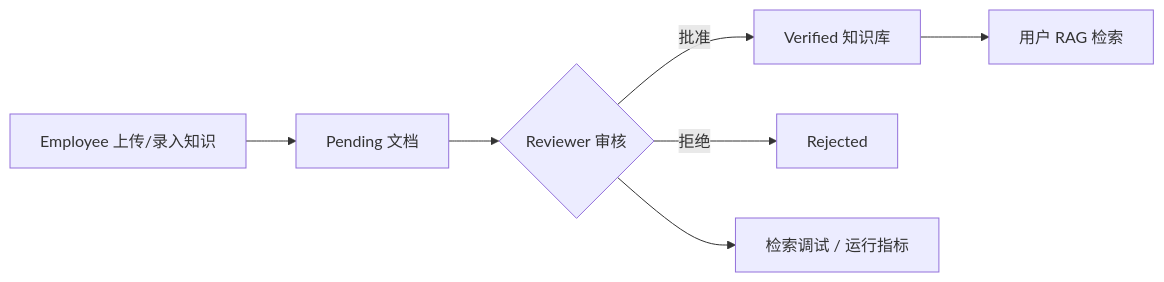
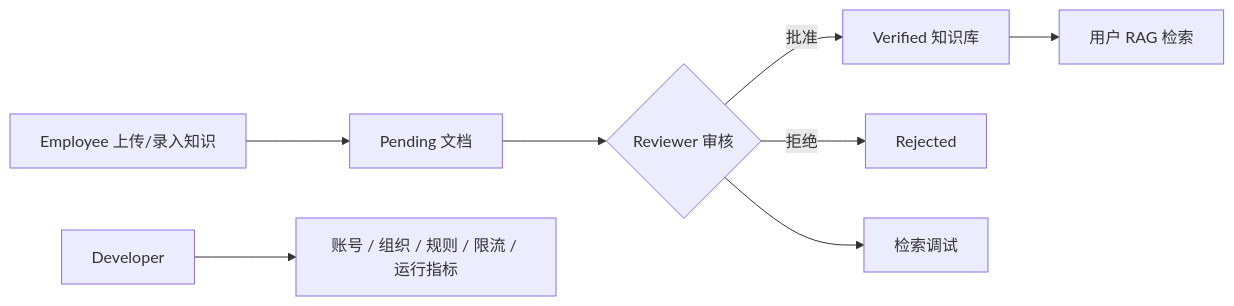
One commit to z987645344-arch/zhitian_admin changed the diagram in README.md. Above: the diagram before and after it, drawn with Mermaid. The commit also changed other lines of this file, not shown here.

````diff
--- a/README.md
+++ b/README.md
@@ -18,9 +18,10 @@
 ```mermaid
 flowchart LR
     A[Employee 上传/录入知识] --> B[Pending 文档]
     B --> C{Reviewer 审核}
     C -->|批准| D[Verified 知识库]
     C -->|拒绝| E[Rejected]
     D --> F[用户 RAG 检索]
-    C --> G[检索调试 / 运行指标]
+    C --> G[检索调试]
+    H[Developer] --> I[账号 / 组织 / 规则 / 限流 / 运行指标]
 ```
````
